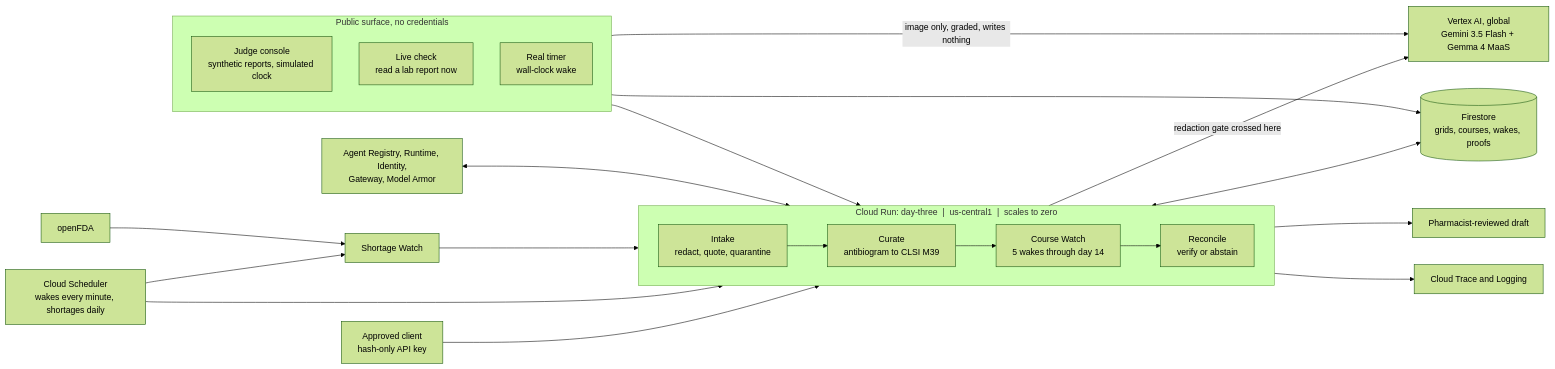
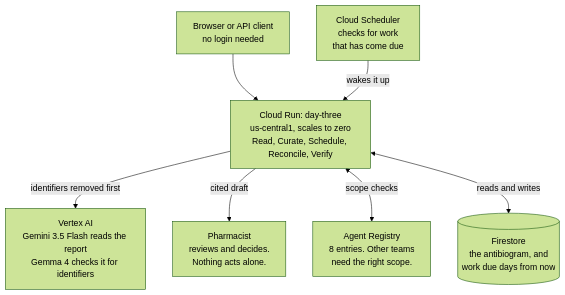
Before and after one commit to usv240/day-three: the diagram in README.md, drawn with Mermaid (forest theme). The commit also changed other lines of this file and 5 other files, not shown here.

First line of the commit message:
Replace the architecture diagram with one a judge can read

````diff
--- a/README.md
+++ b/README.md
@@ -105,35 +105,19 @@
 ```mermaid
-%% Day Three, as built. Kept deliberately small: the pipeline reads left to right,
-%% and everything else attaches to exactly one stage.
-flowchart LR
-    subgraph public["Public surface, no credentials"]
-        direction TB
-        UI[Judge console<br/>synthetic reports, simulated clock]
-        LV[Live check<br/>read a lab report now]
-        RT[Real timer<br/>wall-clock wake]
-    end
+%% Day Three, as built. One service, one database, one scheduler.
+%% Kept deliberately small: this is the submission diagram, not an inventory.
+flowchart TB
+    B["Browser or API client<br/>no login needed"]
+    V["Vertex AI<br/>Gemini 3.5 Flash reads the report<br/>Gemma 4 checks it for identifiers"]
+    CR["Cloud Run: day-three<br/>us-central1, scales to zero<br/>Read, Curate, Schedule, Reconcile, Verify"]
+    PH["Pharmacist<br/>reviews and decides.<br/>Nothing acts alone."]
+    AR["Agent Registry<br/>8 entries. Other teams<br/>need the right scope."]
+    FS[("Firestore<br/>the antibiogram, and<br/>work due days from now")]
+    SCH["Cloud Scheduler<br/>checks for work<br/>that has come due"]
 
-    subgraph run["Cloud Run: day-three &nbsp;|&nbsp; us-central1 &nbsp;|&nbsp; scales to zero"]
-        direction LR
-        I[Intake<br/>redact, quote, quarantine] --> C[Curate<br/>antibiogram to CLSI M39]
-        C --> W[Course Watch<br/>5 wakes through day 14]
-        W --> R[Reconcile<br/>verify or abstain]
-    end
-
-    V[Vertex AI, global<br/>Gemini 3.5 Flash + Gemma 4 MaaS]
-    F[(Firestore<br/>grids, courses, wakes, proofs)]
-    SCH[Cloud Scheduler<br/>wakes every minute, shortages daily]
-
-    UI --> I
-    API[Approved client<br/>hash-only API key] --> I
-    I -->|redaction gate crossed here| V
-    LV -->|image only, graded, writes nothing| V
-    C <--> F
-    RT --> F
-    SCH --> W
-    SCH --> SW[Shortage Watch] --> R
-    FDA[openFDA] --> SW
-    R --> H[Pharmacist-reviewed draft]
-    G[Agent Registry, Runtime, Identity,<br/>Gateway, Model Armor] <--> I
-    R --> T[Cloud Trace and Logging]
+    B --> CR
+    CR -->|"identifiers removed first"| V
+    CR -->|"cited draft"| PH
+    CR <-->|"scope checks"| AR
+    CR <-->|"reads and writes"| FS
+    SCH -->|"wakes it up"| CR
 ```
````
